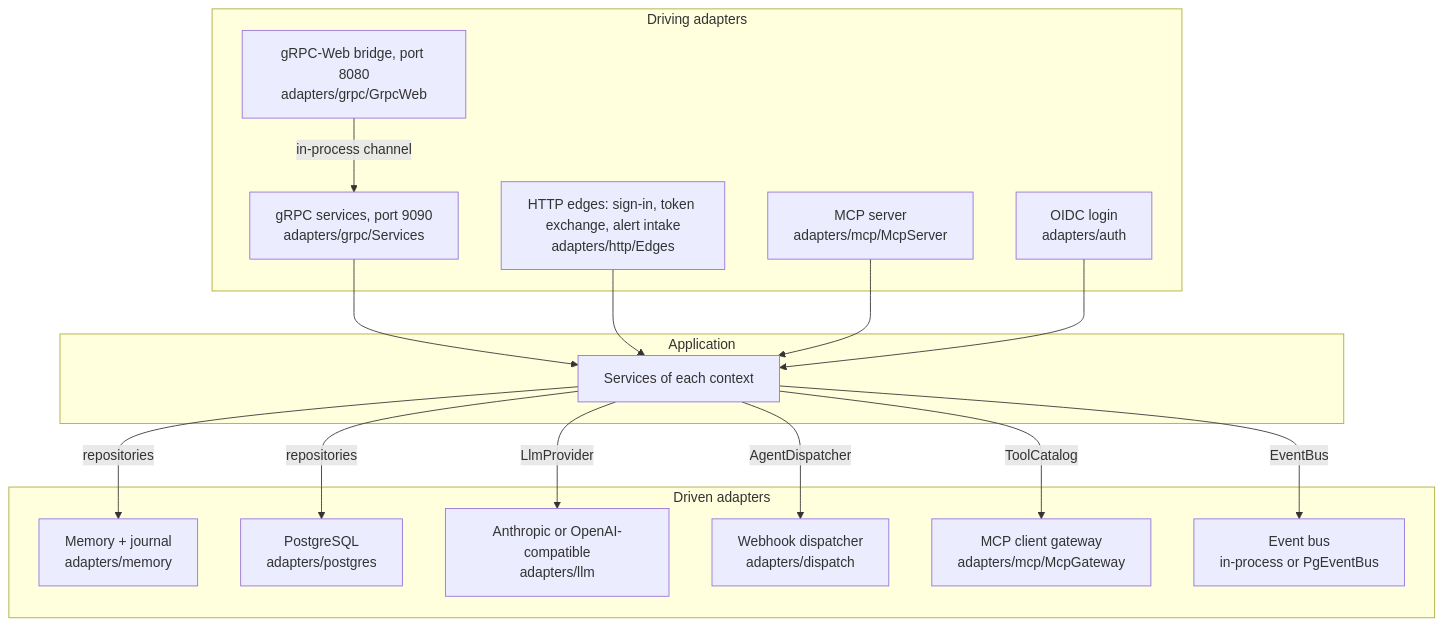
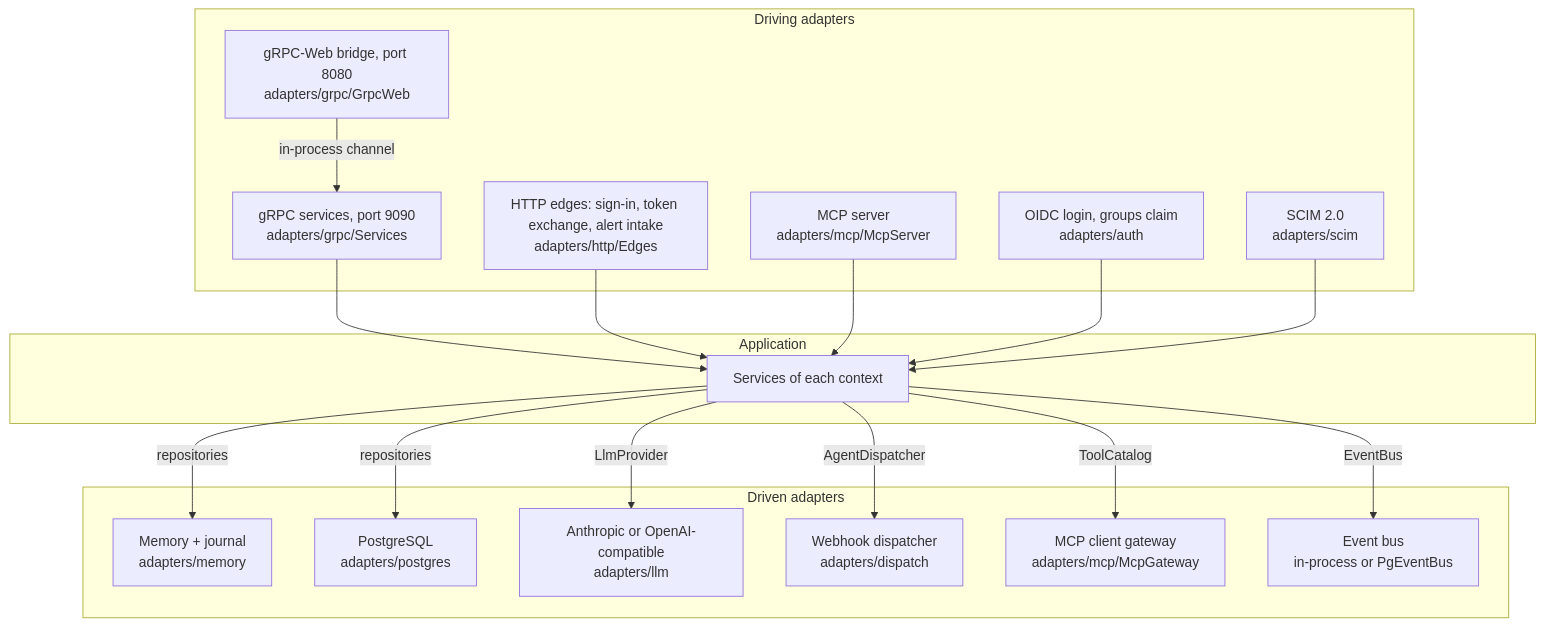
Before and after one commit to gigabrain-ideas/mayday: the second of 4 diagrams in docs/architecture.md, drawn with Mermaid. The commit also changed other lines of this file and 51 other files, not shown here.

````diff
--- a/docs/architecture.md
+++ b/docs/architecture.md
@@ -66,32 +75,34 @@
 ```mermaid
 flowchart TB
   subgraph Driving adapters
     GRPC[gRPC services, port 9090<br/>adapters/grpc/Services]
     GWEB[gRPC-Web bridge, port 8080<br/>adapters/grpc/GrpcWeb]
     EDGE[HTTP edges: sign-in, token exchange, alert intake<br/>adapters/http/Edges]
     MCPS[MCP server<br/>adapters/mcp/McpServer]
-    OIDC[OIDC login<br/>adapters/auth]
+    OIDC[OIDC login, groups claim<br/>adapters/auth]
+    SCIMA[SCIM 2.0<br/>adapters/scim]
   end
   GWEB -- in-process channel --> GRPC
   subgraph Application
     SVC[Services of each context]
   end
   subgraph Driven adapters
     MEM[Memory + journal<br/>adapters/memory]
     PG[PostgreSQL<br/>adapters/postgres]
     LLM[Anthropic or OpenAI-compatible<br/>adapters/llm]
     WH[Webhook dispatcher<br/>adapters/dispatch]
     GW[MCP client gateway<br/>adapters/mcp/McpGateway]
     BUS[Event bus<br/>in-process or PgEventBus]
   end
   GRPC --> SVC
   EDGE --> SVC
   MCPS --> SVC
   OIDC --> SVC
+  SCIMA --> SVC
   SVC -- repositories --> MEM
   SVC -- repositories --> PG
   SVC -- LlmProvider --> LLM
   SVC -- AgentDispatcher --> WH
   SVC -- ToolCatalog --> GW
   SVC -- EventBus --> BUS
 ```
````
